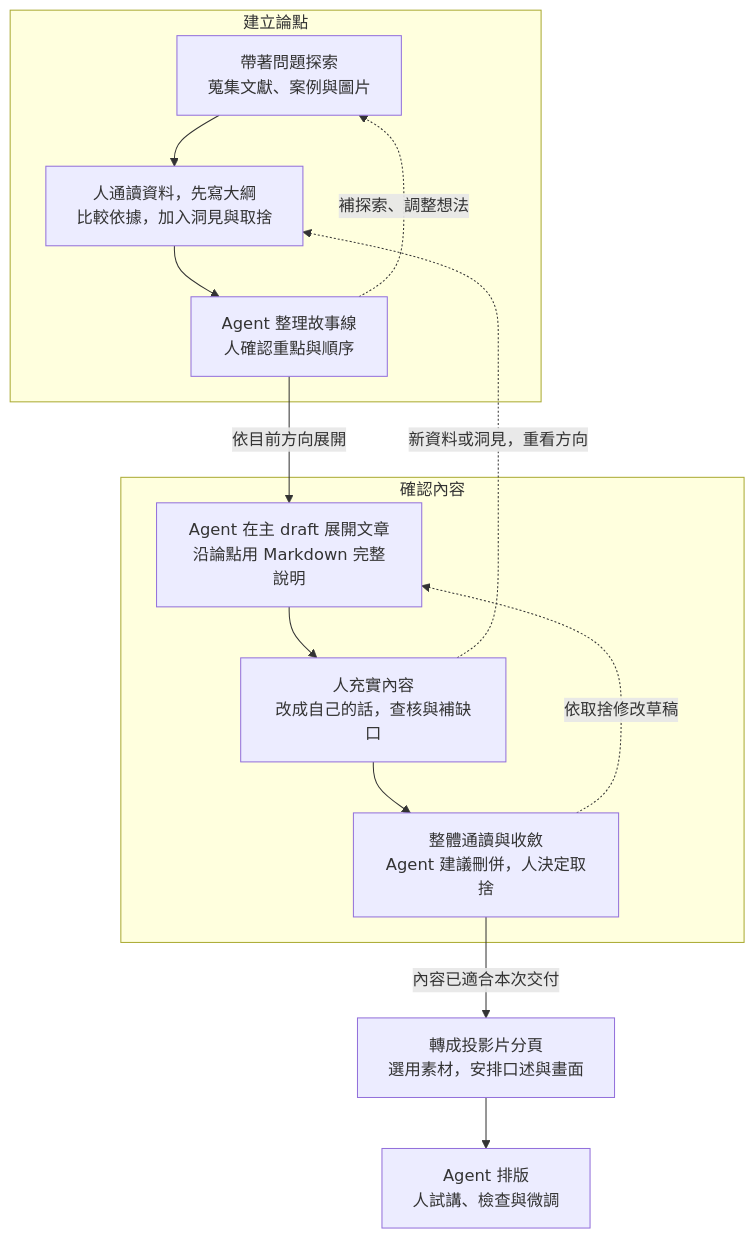
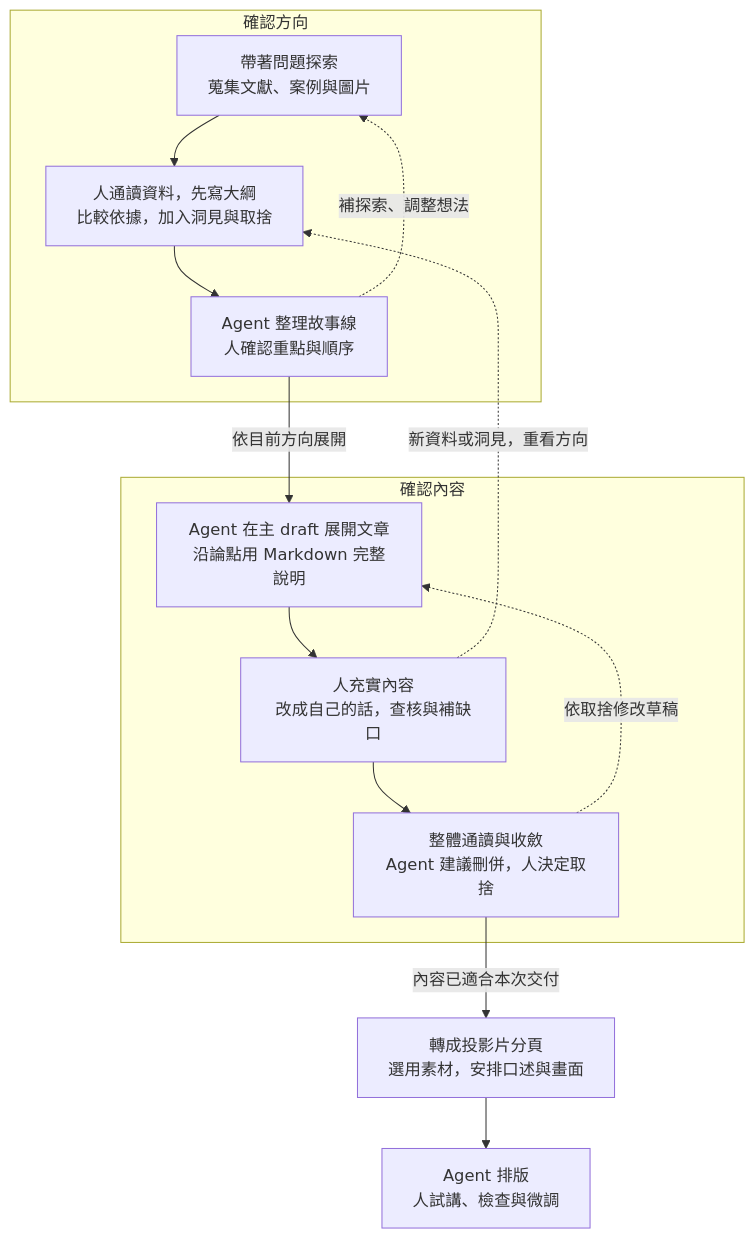
The diagram in lessons/01-presentation-and-the-knowledge-work-loop.qmd (jimmy60504/agentic-knowledge-work), drawn with Mermaid before and after one commit. The commit also changed other lines of this file and 17 other files, not shown here.

````diff
--- a/lessons/01-presentation-and-the-knowledge-work-loop.qmd
+++ b/lessons/01-presentation-and-the-knowledge-work-loop.qmd
@@ -77,21 +77,21 @@
 ```{mermaid}
 flowchart TD
-    subgraph direction_loop["建立論點"]
+    subgraph direction_loop["確認方向"]
         A["帶著問題探索<br/>蒐集文獻、案例與圖片"] --> B["人通讀資料，先寫大綱<br/>比較依據，加入洞見與取捨"]
         B --> C["Agent 整理故事線<br/>人確認重點與順序"]
         C -. 補探索、調整想法 .-> A
     end
 
     C -->|依目前方向展開| D
 
     subgraph content_loop["確認內容"]
         D["Agent 在主 draft 展開文章<br/>沿論點用 Markdown 完整說明"] --> E["人充實內容<br/>改成自己的話，查核與補缺口"]
         E --> F["整體通讀與收斂<br/>Agent 建議刪併，人決定取捨"]
         F -. 依取捨修改草稿 .-> D
     end
 
     E -. 新資料或洞見，重看方向 .-> B
 
     F -->|內容已適合本次交付| H["轉成投影片分頁<br/>選用素材，安排口述與畫面"]
     H --> G["Agent 排版<br/>人試講、檢查與微調"]
 ```
````
